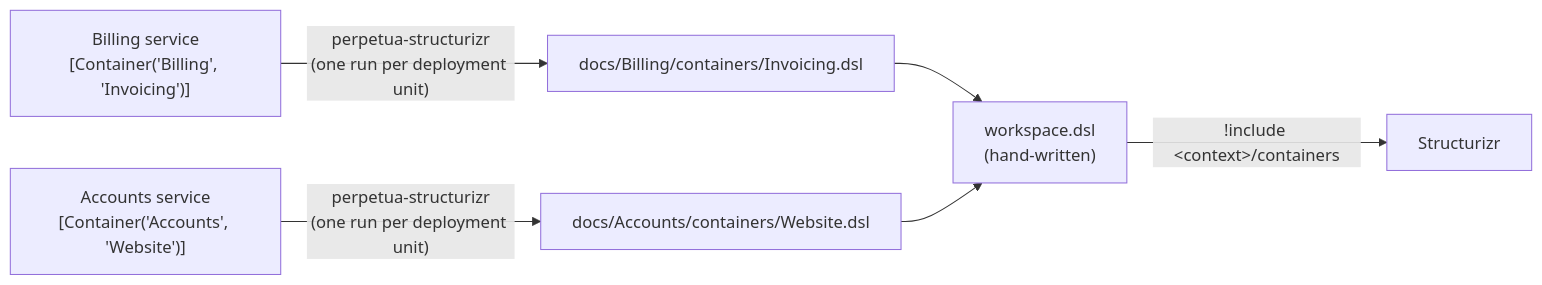
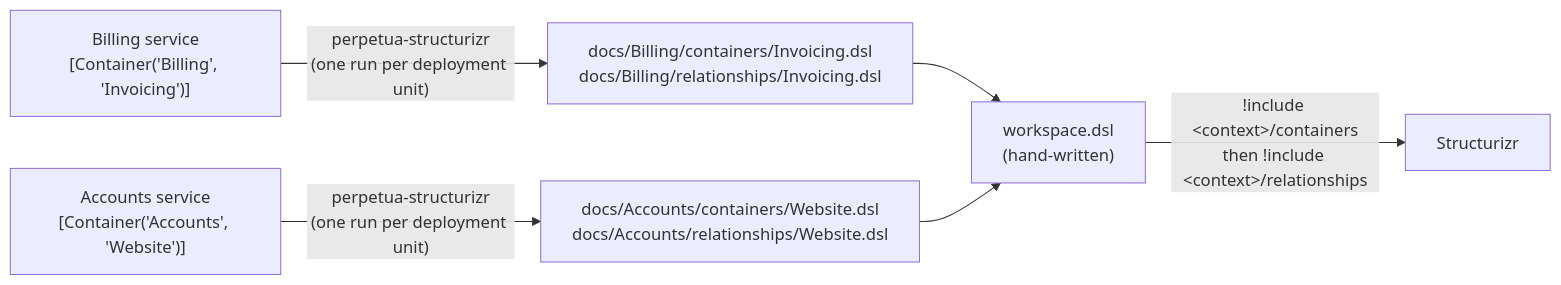
Before and after one commit to SebaVDP/Perpetua: the diagram in README.md, drawn with Mermaid. The commit also changed other lines of this file, not shown here.

Commit message:
docs: describe the relationships file and include order (#11)

````diff
--- a/README.md
+++ b/README.md
@@ -21,8 +21,8 @@
 ```mermaid
 flowchart LR
-    A["Billing service<br/>[Container('Billing', 'Invoicing')]"] -->|"perpetua-structurizr<br/>(one run per deployment unit)"| B["docs/Billing/containers/Invoicing.dsl"]
-    C["Accounts service<br/>[Container('Accounts', 'Website')]"] -->|"perpetua-structurizr<br/>(one run per deployment unit)"| D["docs/Accounts/containers/Website.dsl"]
+    A["Billing service<br/>[Container('Billing', 'Invoicing')]"] -->|"perpetua-structurizr<br/>(one run per deployment unit)"| B["docs/Billing/containers/Invoicing.dsl<br/>docs/Billing/relationships/Invoicing.dsl"]
+    C["Accounts service<br/>[Container('Accounts', 'Website')]"] -->|"perpetua-structurizr<br/>(one run per deployment unit)"| D["docs/Accounts/containers/Website.dsl<br/>docs/Accounts/relationships/Website.dsl"]
     B --> W["workspace.dsl<br/>(hand-written)"]
     D --> W
-    W -->|"!include &lt;context&gt;/containers"| S["Structurizr"]
+    W -->|"!include &lt;context&gt;/containers<br/>then !include &lt;context&gt;/relationships"| S["Structurizr"]
 ```
````
